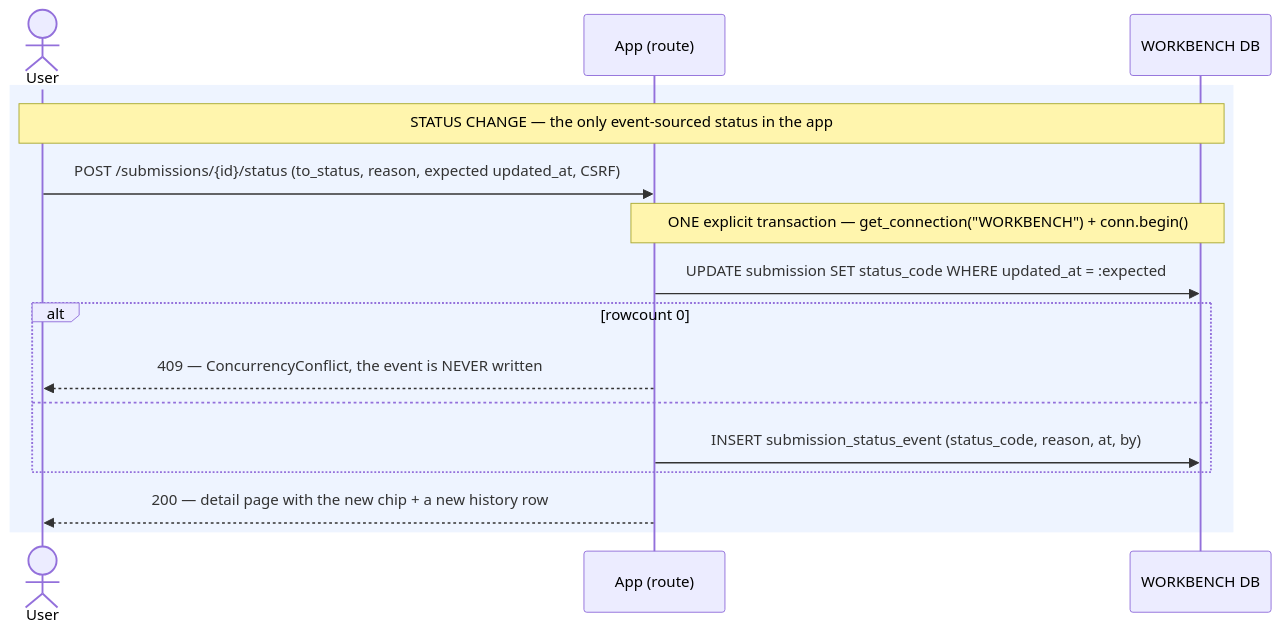
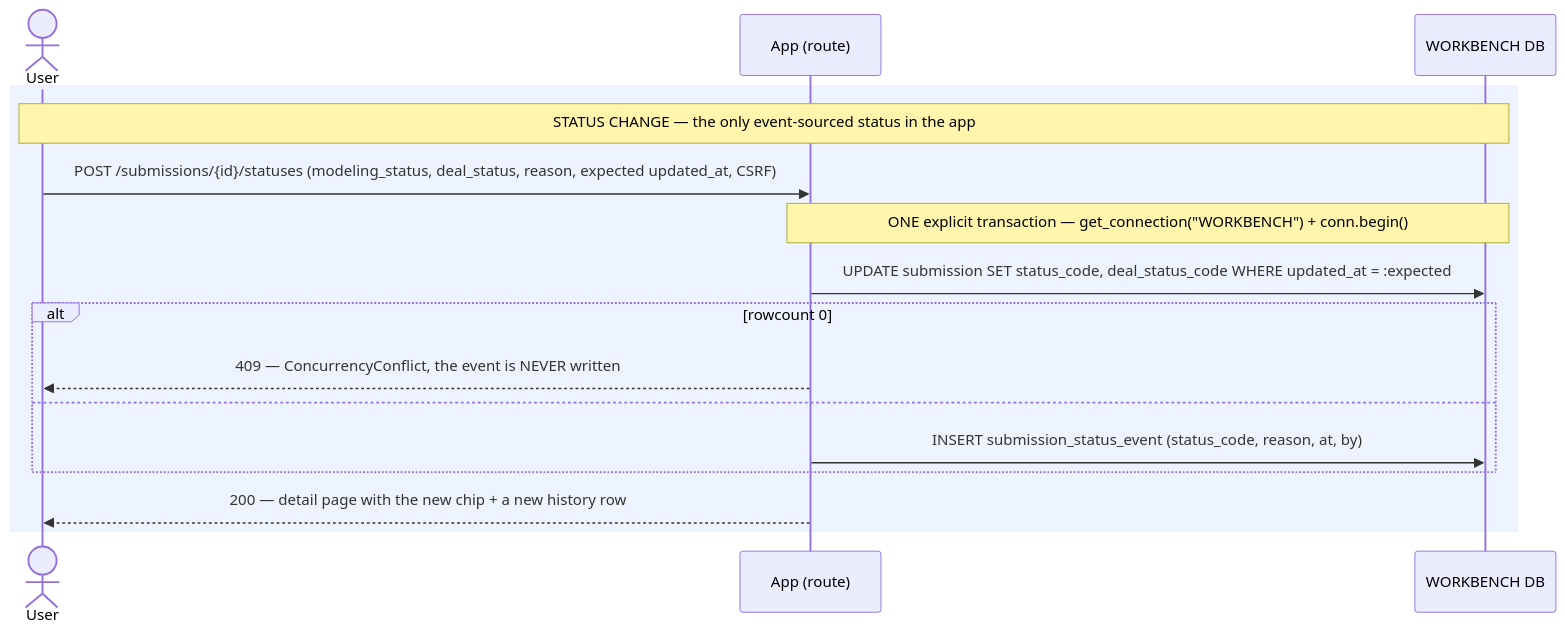
Before and after one commit to anilvenugopal/risk-workbench: the first of 2 diagrams in docs/sequence_diagrams/submissions/manage_submission.md, drawn with Mermaid. The commit also changed other lines of this file and 5 other files, not shown here.

````diff
--- a/docs/sequence_diagrams/submissions/manage_submission.md
+++ b/docs/sequence_diagrams/submissions/manage_submission.md
@@ -33,19 +34,19 @@
 ```mermaid
 sequenceDiagram
     actor User
     participant App as App (route)
     participant DB as WORKBENCH DB
 
     rect rgb(238,244,255)
         Note over User,DB: STATUS CHANGE — the only event-sourced status in the app
-        User->>App: POST /submissions/{id}/status (to_status, reason, expected updated_at, CSRF)
+        User->>App: POST /submissions/{id}/statuses (modeling_status, deal_status, reason, expected updated_at, CSRF)
         Note over App,DB: ONE explicit transaction — get_connection("WORKBENCH") + conn.begin()
-        App->>DB: UPDATE submission SET status_code WHERE updated_at = :expected
+        App->>DB: UPDATE submission SET status_code, deal_status_code WHERE updated_at = :expected
         alt rowcount 0
             App-->>User: 409 — ConcurrencyConflict, the event is NEVER written
         else
             App->>DB: INSERT submission_status_event (status_code, reason, at, by)
         end
         App-->>User: 200 — detail page with the new chip + a new history row
     end
 ```
````
